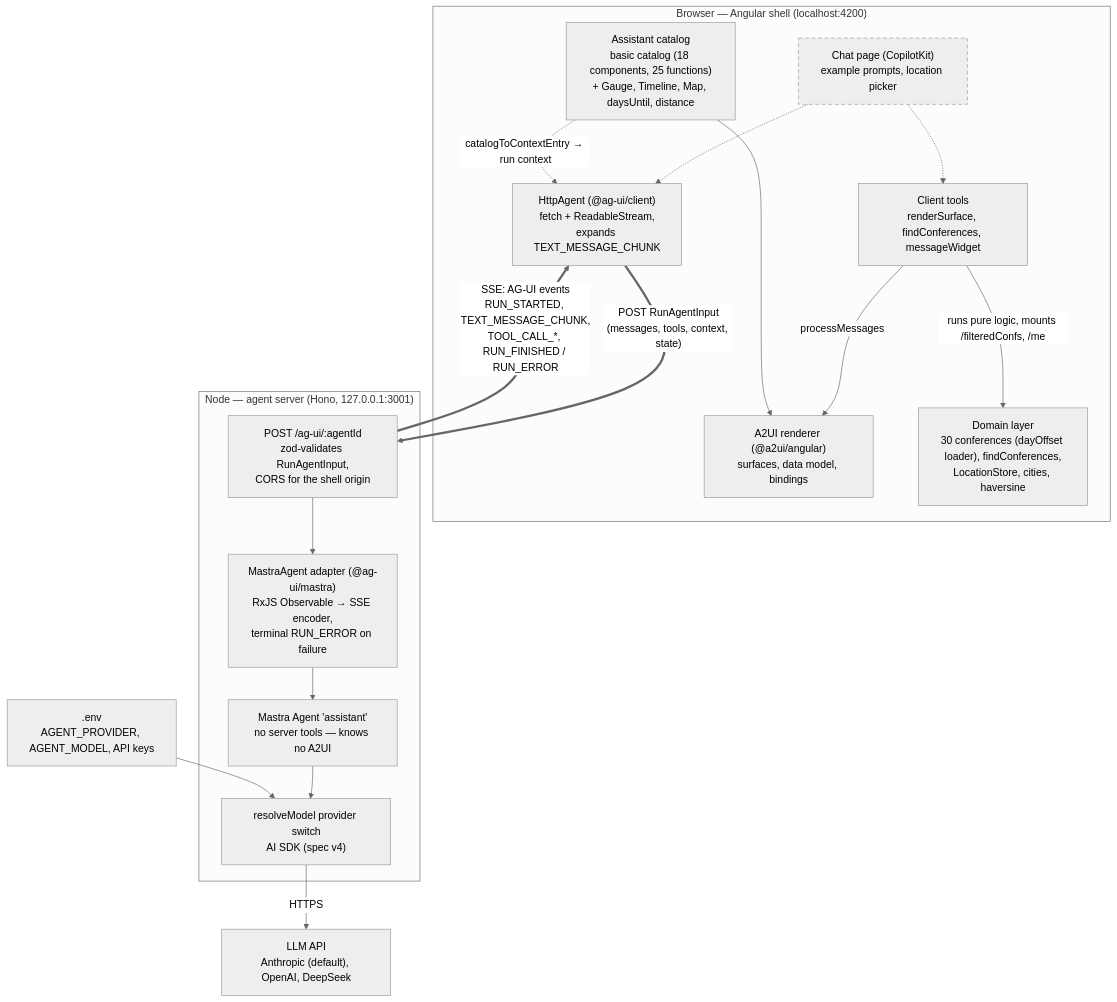
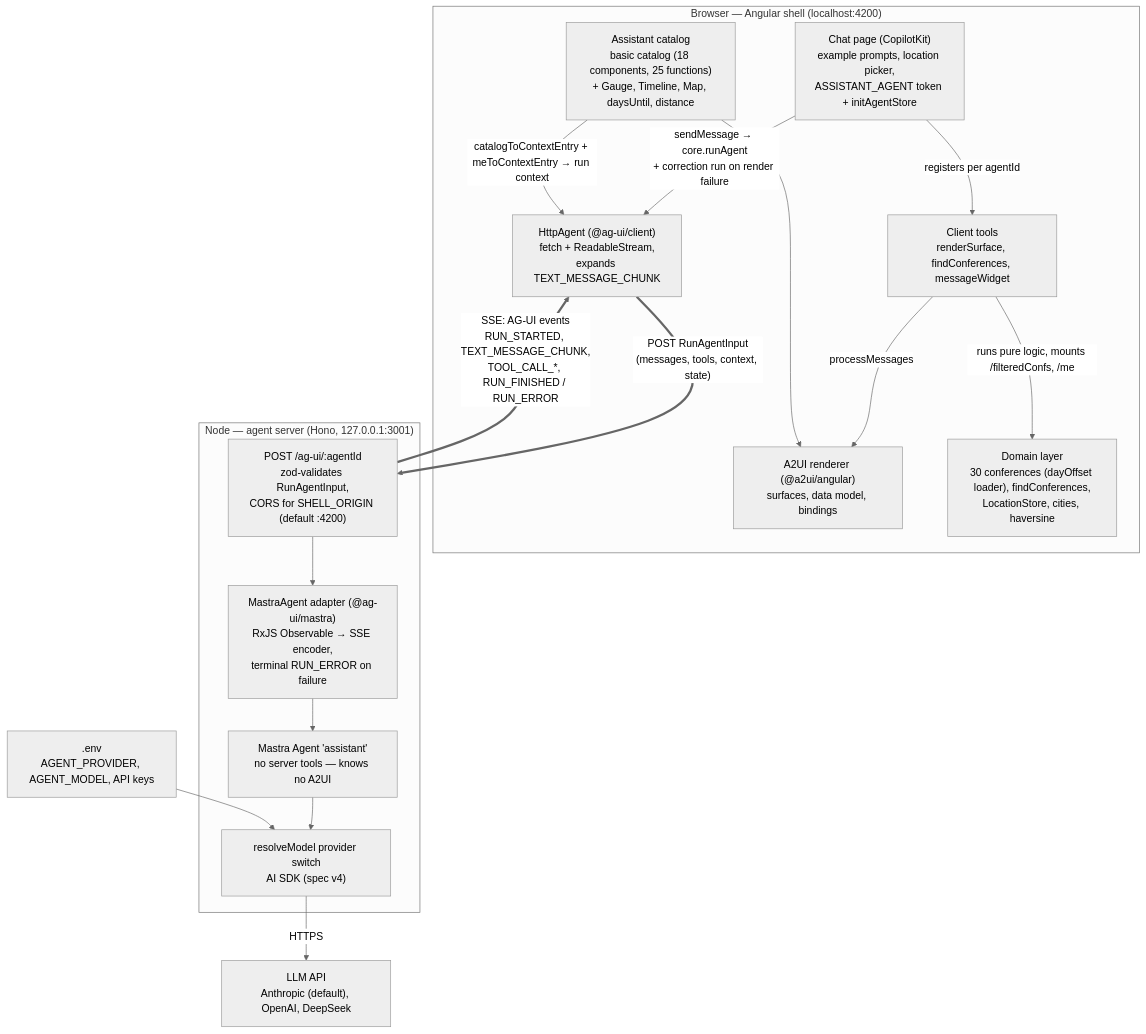
The first of 3 diagrams in docs/architecture.md (lutzleonhardt/native-federation-a2ui), drawn with Mermaid (neutral theme) before and after one commit. The commit also changed other lines of this file and 38 other files, not shown here.

Commit message:
task-7: add chat page with agent store, prompts, and mock-agent loop

````diff
--- a/docs/architecture.md
+++ b/docs/architecture.md
@@ -37,40 +39,37 @@
 ```mermaid
 flowchart TB
     subgraph shell["Browser — Angular shell (localhost:4200)"]
-        chat["Chat page (CopilotKit)<br/>example prompts, location picker"]
+        chat["Chat page (CopilotKit)<br/>example prompts, location picker,<br/>ASSISTANT_AGENT token + initAgentStore"]
         tools["Client tools<br/>renderSurface, findConferences, messageWidget"]
         httpAgent["HttpAgent (@ag-ui/client)<br/>fetch + ReadableStream,<br/>expands TEXT_MESSAGE_CHUNK"]
         renderer["A2UI renderer (@a2ui/angular)<br/>surfaces, data model, bindings"]
         catalog["Assistant catalog<br/>basic catalog (18 components, 25 functions)<br/>+ Gauge, Timeline, Map, daysUntil, distance"]
         domain["Domain layer<br/>30 conferences (dayOffset loader), findConferences,<br/>LocationStore, cities, haversine"]
     end
 
     subgraph agent["Node — agent server (Hono, 127.0.0.1:3001)"]
-        route["POST /ag-ui/:agentId<br/>zod-validates RunAgentInput,<br/>CORS for the shell origin"]
+        route["POST /ag-ui/:agentId<br/>zod-validates RunAgentInput,<br/>CORS for SHELL_ORIGIN (default :4200)"]
         adapter["MastraAgent adapter (@ag-ui/mastra)<br/>RxJS Observable → SSE encoder,<br/>terminal RUN_ERROR on failure"]
         assistant["Mastra Agent 'assistant'<br/>no server tools — knows no A2UI"]
         model["resolveModel provider switch<br/>AI SDK (spec v4)"]
     end
 
     llm["LLM API<br/>Anthropic (default), OpenAI, DeepSeek"]
     env[".env<br/>AGENT_PROVIDER, AGENT_MODEL, API keys"]
 
-    chat -.-> httpAgent
-    chat -.-> tools
+    chat -->|"sendMessage → core.runAgent<br/>+ correction run on render failure"| httpAgent
+    chat -->|"registers per agentId"| tools
     tools -->|"processMessages"| renderer
     tools -->|"runs pure logic, mounts /filteredConfs, /me"| domain
     catalog --> renderer
-    catalog -.->|"catalogToContextEntry → run context"| httpAgent
+    catalog -->|"catalogToContextEntry + meToContextEntry → run context"| httpAgent
 
     httpAgent == "POST RunAgentInput<br/>(messages, tools, context, state)" ==> route
     route == "SSE: AG-UI events<br/>RUN_STARTED, TEXT_MESSAGE_CHUNK,<br/>TOOL_CALL_*, RUN_FINISHED / RUN_ERROR" ==> httpAgent
 
     route --> adapter
     adapter --> assistant
     assistant --> model
     model -- "HTTPS" --> llm
     env --> model
-
-    classDef planned stroke-dasharray: 6 4;
-    class chat planned;
 ```
````
